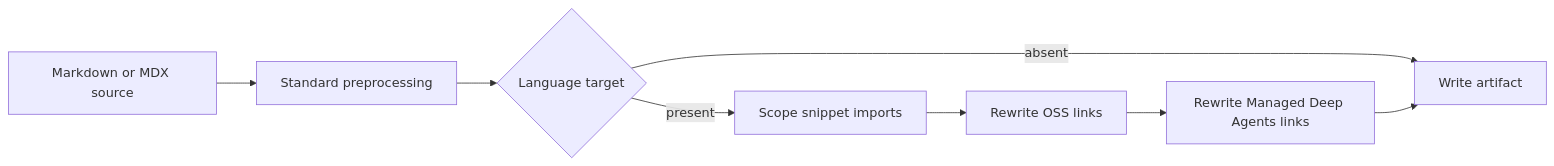
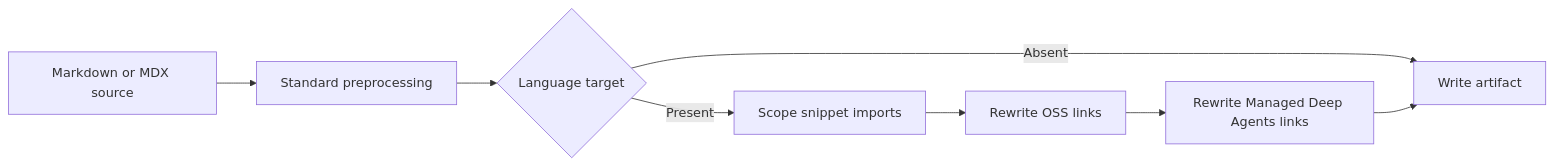
The second of 2 diagrams in openwiki/concepts/versioning.md (rishi-raj-jain/docs-1), drawn with Mermaid before and after one commit. The commit also changed other lines of this file and 50 other files, not shown here.

````diff
--- a/openwiki/concepts/versioning.md
+++ b/openwiki/concepts/versioning.md
@@ -71,10 +78,10 @@
 ```mermaid
 flowchart LR
-    Input["Markdown or MDX source"] --> Prep["Standard preprocessing"]
-    Prep --> Target{"Language target"}
-    Target -->|"present"| Imports["Scope snippet imports"]
-    Target -->|"absent"| Output["Write artifact"]
+    Input["Markdown or MDX source"] --> Preprocess["Standard preprocessing"]
+    Preprocess --> Target{"Language target"}
+    Target -->|"Present"| Imports["Scope snippet imports"]
+    Target -->|"Absent"| Output["Write artifact"]
     Imports --> OssLinks["Rewrite OSS links"]
     OssLinks --> ManagedLinks["Rewrite Managed Deep Agents links"]
     ManagedLinks --> Output
 ```
````
